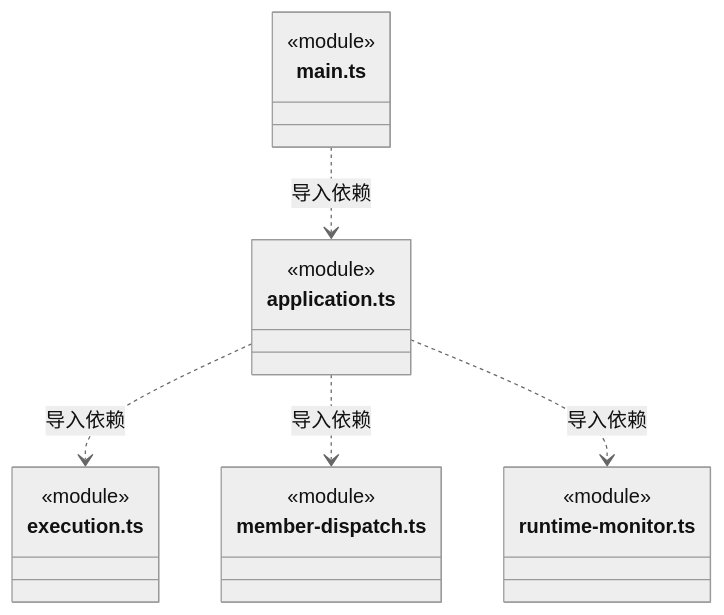
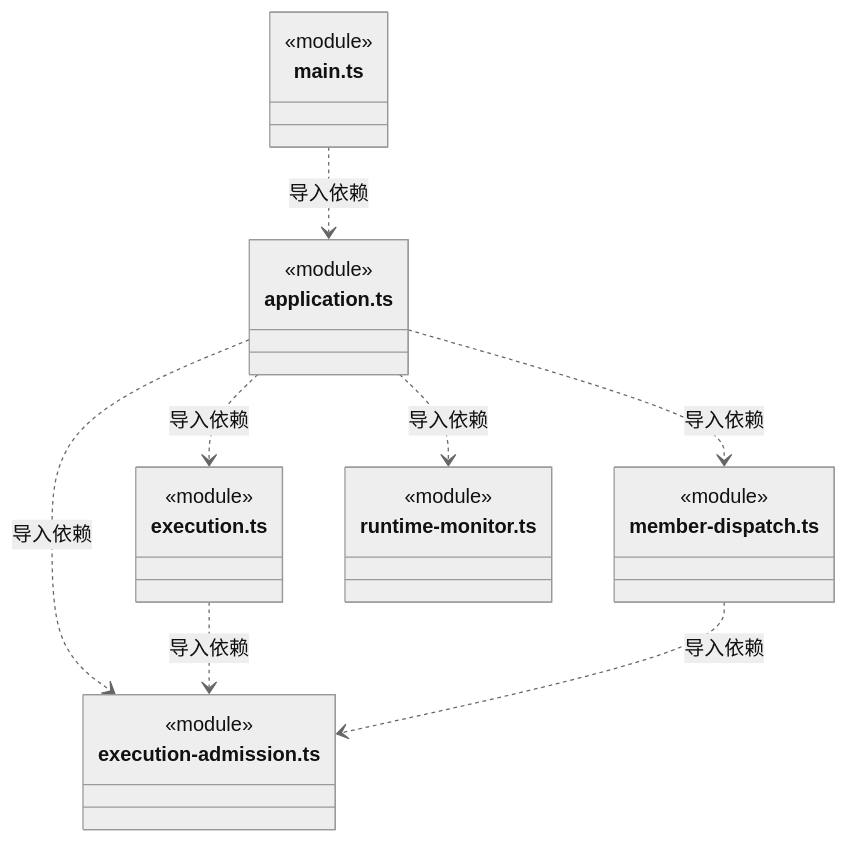
Before and after one commit to nan023062/cbim: the second of 5 diagrams in src/backend/main/ARCHITECTURE.md, drawn with Mermaid (neutral theme). The commit also changed other lines of this file and 70 other files, not shown here.

````diff
--- a/src/backend/main/ARCHITECTURE.md
+++ b/src/backend/main/ARCHITECTURE.md
@@ -52,22 +53,28 @@
 ```mermaid
 classDiagram
 class N_src_backend_main_application_ts["application.ts"] {
+  <<module>>
+}
+class N_src_backend_main_execution_admission_ts["execution-admission.ts"] {
   <<module>>
 }
 class N_src_backend_main_execution_ts["execution.ts"] {
   <<module>>
 }
 class N_src_backend_main_main_ts["main.ts"] {
   <<module>>
 }
 class N_src_backend_main_member_dispatch_ts["member-dispatch.ts"] {
   <<module>>
 }
 class N_src_backend_main_runtime_monitor_ts["runtime-monitor.ts"] {
   <<module>>
 }
 N_src_backend_main_application_ts ..> N_src_backend_main_execution_ts : 导入依赖
 N_src_backend_main_application_ts ..> N_src_backend_main_member_dispatch_ts : 导入依赖
+N_src_backend_main_application_ts ..> N_src_backend_main_execution_admission_ts : 导入依赖
 N_src_backend_main_application_ts ..> N_src_backend_main_runtime_monitor_ts : 导入依赖
+N_src_backend_main_execution_ts ..> N_src_backend_main_execution_admission_ts : 导入依赖
 N_src_backend_main_main_ts ..> N_src_backend_main_application_ts : 导入依赖
+N_src_backend_main_member_dispatch_ts ..> N_src_backend_main_execution_admission_ts : 导入依赖
 ```
````
